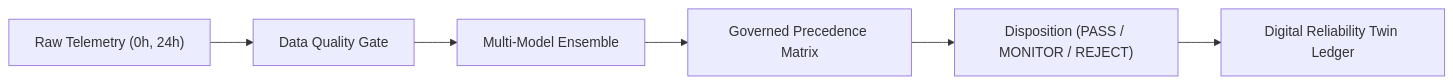
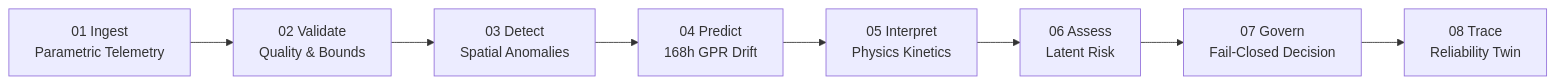
One commit to umeshpandeysh/predicta-26 changed the first of 5 diagrams in README.md. Above: the diagram before and after it, drawn with Mermaid. The commit also changed other lines of this file and 2 other files, not shown here.

Commit message:
docs(readme): rebuild project documentation and architecture visuals

````diff
--- a/README.md
+++ b/README.md
@@ -54,8 +44,10 @@
 ```mermaid
 flowchart LR
-    A["Raw Telemetry (0h, 24h)"] --> B["Data Quality Gate"]
-    B --> C["Multi-Model Ensemble"]
-    C --> D["Governed Precedence Matrix"]
-    D --> E["Disposition (PASS / MONITOR / REJECT)"]
-    E --> F["Digital Reliability Twin Ledger"]
+    A["01 Ingest<br>Parametric Telemetry"] --> B["02 Validate<br>Quality & Bounds"]
+    B --> C["03 Detect<br>Spatial Anomalies"]
+    C --> D["04 Predict<br>168h GPR Drift"]
+    D --> E["05 Interpret<br>Physics Kinetics"]
+    E --> F["06 Assess<br>Latent Risk"]
+    F --> G["07 Govern<br>Fail-Closed Decision"]
+    G --> H["08 Trace<br>Reliability Twin"]
 ```
````
